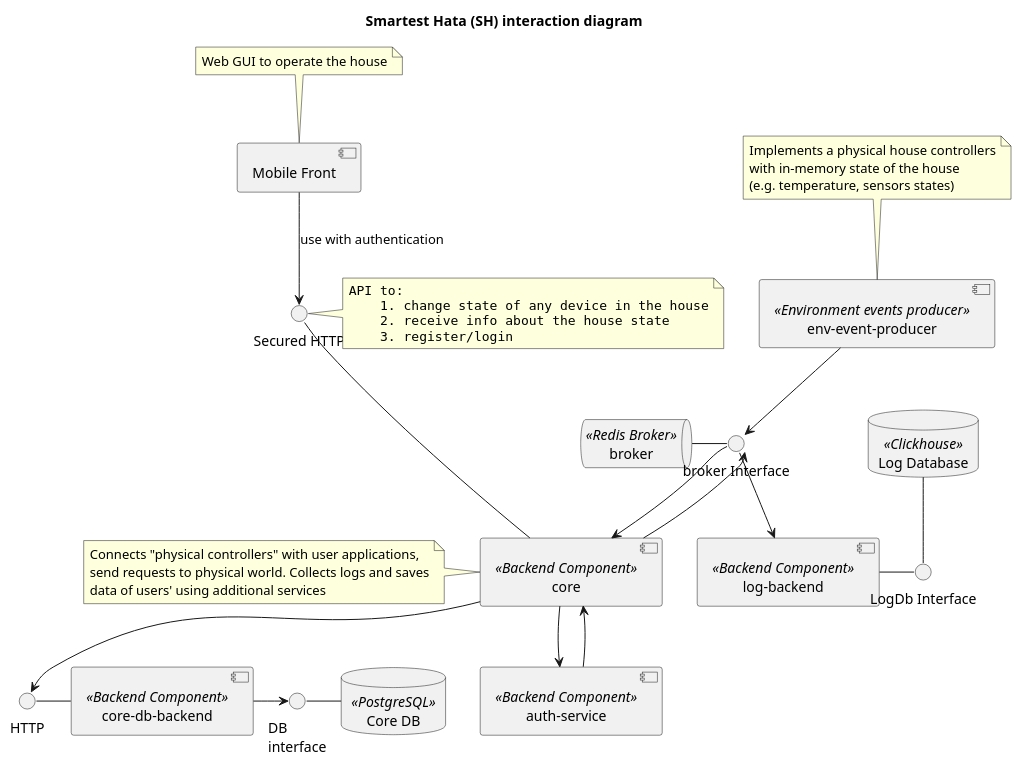
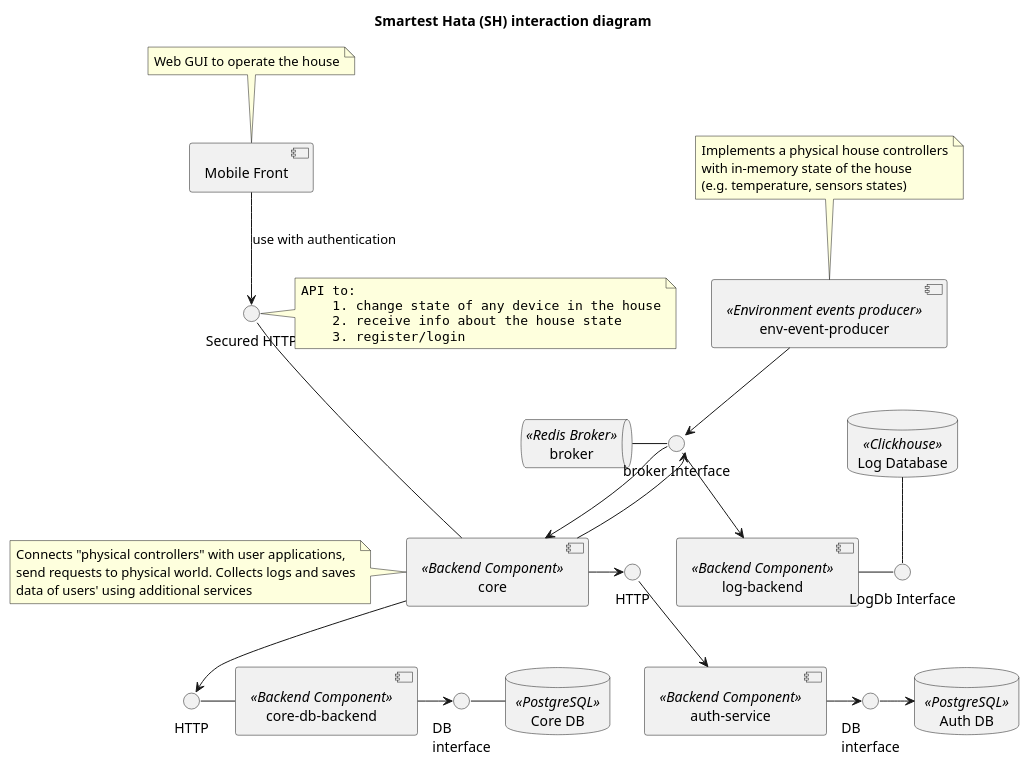
One commit to Busygind/smartest-dacha-macho-hata-house changed the diagram in system-sequence-diagram.puml. Above: the diagram before and after it, drawn with PlantUML.

Commit message:
extend auth service with db

```diff
--- a/system-sequence-diagram.puml
+++ b/system-sequence-diagram.puml
@@ -1,78 +1,85 @@
 @startuml
 title "Smartest Hata (SH) interaction diagram"
 
 
 component [core] as Core <<Backend Component>>
 note left
 Connects "physical controllers" with user applications,
 send requests to physical world. Collects logs and saves
 data of users' using additional services
 end note
 
 
 interface "Secured HTTP" as SecuredMobileBackendHttpInterface
 note left
 <code>
 API to:
     1. change state of any device in the house
     2. receive info about the house state
     3. register/login
 </code>
 end note
 
 SecuredMobileBackendHttpInterface --- Core
 
 database "Log Database" as LogDB <<Clickhouse>>
 interface "LogDb Interface" as LogDbInterface
 LogDB -- LogDbInterface
 
 component [log-backend] as LogBackend <<Backend Component>> {
 
 }
 LogBackend - LogDbInterface
 
 component [auth-service] as Auth <<Backend Component>> {
 
 }
 
 queue "broker" as SHBroker <<Redis Broker>>
 interface "broker Interface" as BrokerInterface
 
 SHBroker - BrokerInterface
 
 BrokerInterface <-- Core
 BrokerInterface --> LogBackend
 
 database "Core DB" as SHDB <<PostgreSQL>>
 interface "DB\ninterface" as SHDBInterface
 SHDBInterface - SHDB
 
 component [core-db-backend] as CoreDb <<Backend Component>> {
 
 }
-Core --> Auth
-Auth --> Core
+
+interface "HTTP" as AuthHttpInterface
+Core -> AuthHttpInterface
+AuthHttpInterface --> Auth
+database "Auth DB" as AuthDB <<PostgreSQL>>
+interface "DB\ninterface" as AuthDBInterface
+Auth -> AuthDBInterface
+AuthDBInterface -> AuthDB
+
 CoreDb -> SHDBInterface
 interface "HTTP" as DbBackendHttpInterface
 DbBackendHttpInterface - CoreDb
 Core --> DbBackendHttpInterface
 
 component [env-event-producer] as envEventProducer <<Environment events producer>>
 note top
 Implements a physical house controllers
 with in-memory state of the house
 (e.g. temperature, sensors states)
 end note
 
 
 envEventProducer --> BrokerInterface
 BrokerInterface -> Core
 
 component "Mobile Front" as mobileFront
 note top
 Web GUI to operate the house
 end note
 
 mobileFront --> SecuredMobileBackendHttpInterface : use with authentication
 
 @enduml
```
